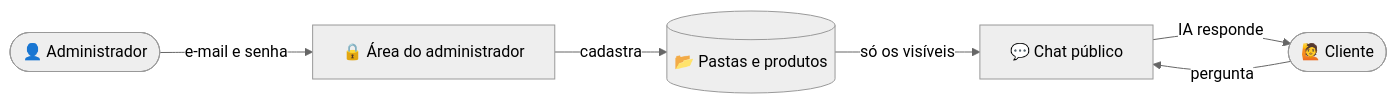
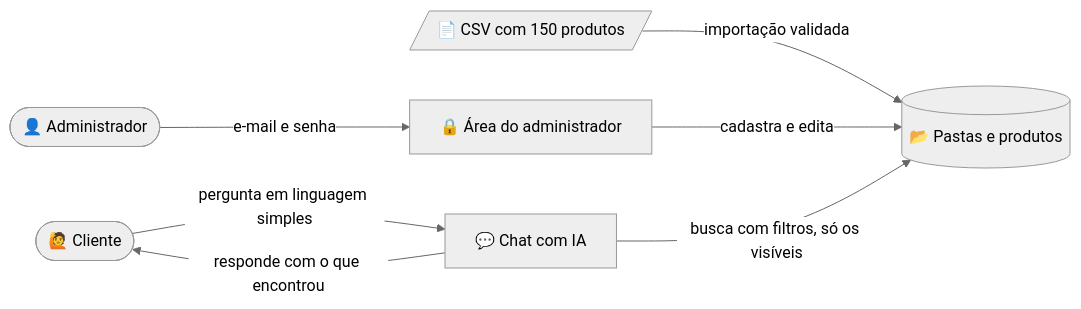
Before and after one commit to Blueydata/ai-dev-foundation: the first of 2 diagrams in WORKSHOP.md, drawn with Mermaid (neutral theme). The commit also changed other lines of this file and 29 other files, not shown here.

````diff
--- a/WORKSHOP.md
+++ b/WORKSHOP.md
@@ -14,8 +15,9 @@
 ```mermaid
 flowchart LR
+    CSV[/"📄 CSV com 150 produtos"/] -->|"importação validada"| Catalogo[("📂 Pastas e produtos")]
     Admin(["👤 Administrador"]) -->|"e-mail e senha"| Area["🔒 Área do administrador"]
-    Area -->|"cadastra"| Catalogo[("📂 Pastas e produtos")]
-    Catalogo -->|"só os visíveis"| Chat["💬 Chat público"]
-    Cliente(["🙋 Cliente"]) -->|"pergunta"| Chat
-    Chat -->|"IA responde"| Cliente
+    Area -->|"cadastra e edita"| Catalogo
+    Cliente(["🙋 Cliente"]) -->|"pergunta em linguagem simples"| Chat["💬 Chat com IA"]
+    Chat -->|"busca com filtros, só os visíveis"| Catalogo
+    Chat -->|"responde com o que encontrou"| Cliente
 ```
````
